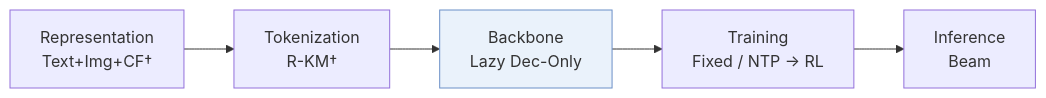
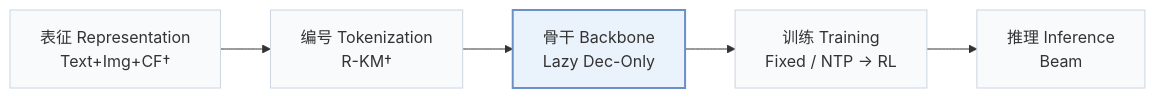
One commit to Galaxy-ghost/Awesome-SID-Generative-Rec changed the first of 2 diagrams in pages/zh/papers/onerec-v2.md. Above: the diagram before and after it, drawn with Mermaid. The commit also changed other lines of this file and 649 other files, not shown here.

Commit message:
writer-05: also tags and modality index (schema, check, build, visuals); summary field removed; calibration data for 12 papers

````diff
--- a/pages/zh/papers/onerec-v2.md
+++ b/pages/zh/papers/onerec-v2.md
@@ -13,6 +15,8 @@
 ```mermaid
 flowchart LR
-    R["Representation<br/>Text+Img+CF†"] --> T["Tokenization<br/>R-KM†"] --> B["Backbone<br/>Lazy Dec-Only"] --> TR["Training<br/>Fixed / NTP → RL"] --> I["Inference<br/>Beam"]
-    classDef main fill:#eaf2fb,stroke:#6b8fc7
+    R["表征 Representation<br/>Text+Img+CF†"] --> T["编号 Tokenization<br/>R-KM†"] --> B["骨干 Backbone<br/>Lazy Dec-Only"] --> TR["训练 Training<br/>Fixed / NTP → RL"] --> I["推理 Inference<br/>Beam"]
+    classDef base fill:#f8fafc,stroke:#cbd5e1
+    class R,T,B,TR,I base
+    classDef main fill:#eaf2fb,stroke:#6b8fc7,stroke-width:2px
     class B main
 ```
````
